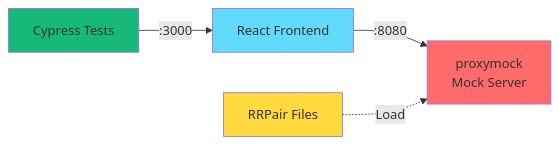
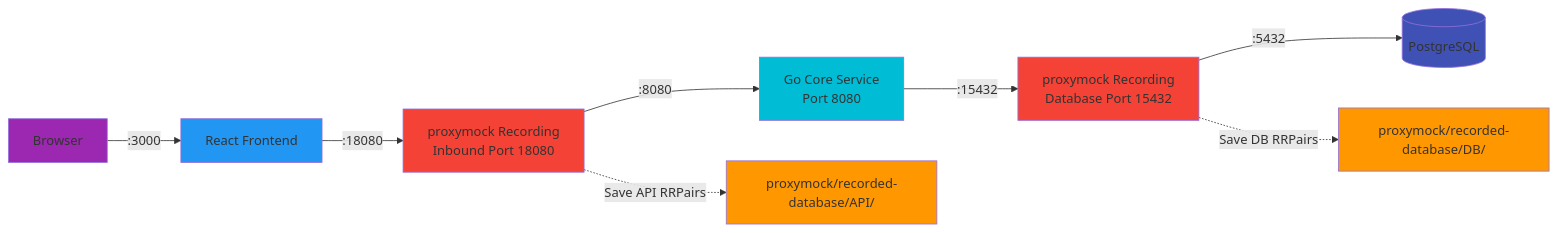
One commit to kenahrens/crm-demo changed the third of 4 diagrams in proxymock/instructions.md. Above: the diagram before and after it, drawn with Mermaid. The commit also changed other lines of this file and 1 other file, not shown here.

````diff
--- a/proxymock/instructions.md
+++ b/proxymock/instructions.md
@@ -211,12 +157,20 @@
 ```mermaid
 graph LR
-    Cypress[Cypress Tests] -->|:3000| Frontend[React Frontend]
-    Frontend -->|:8080| PMMock[proxymock<br/>Mock Server]
-    
-    RRPairs[RRPair Files] -.->|Load| PMMock
-    
-    style Cypress fill:#17b978
-    style Frontend fill:#61dafb
-    style PMMock fill:#ff6b6b
-    style RRPairs fill:#ffd93d
+    Browser[Browser] -->|:3000| Frontend[React Frontend]
+    Frontend -->|:18080| PMRecIn[proxymock Recording<br/>Inbound Port 18080]
+    PMRecIn -->|:8080| CoreService[Go Core Service<br/>Port 8080]
+    CoreService -->|:15432| PMRecDB[proxymock Recording<br/>Database Port 15432]
+    PMRecDB -->|:5432| Postgres[(PostgreSQL)]
+
+    PMRecIn -.->|Save API RRPairs| RecordedAPI[proxymock/recorded-database/API/]
+    PMRecDB -.->|Save DB RRPairs| RecordedDB[proxymock/recorded-database/DB/]
+
+    style Browser fill:#9C27B0
+    style Frontend fill:#2196F3
+    style PMRecIn fill:#F44336
+    style CoreService fill:#00BCD4
+    style PMRecDB fill:#F44336
+    style Postgres fill:#3F51B5
+    style RecordedAPI fill:#FF9800
+    style RecordedDB fill:#FF9800
 ```
````
